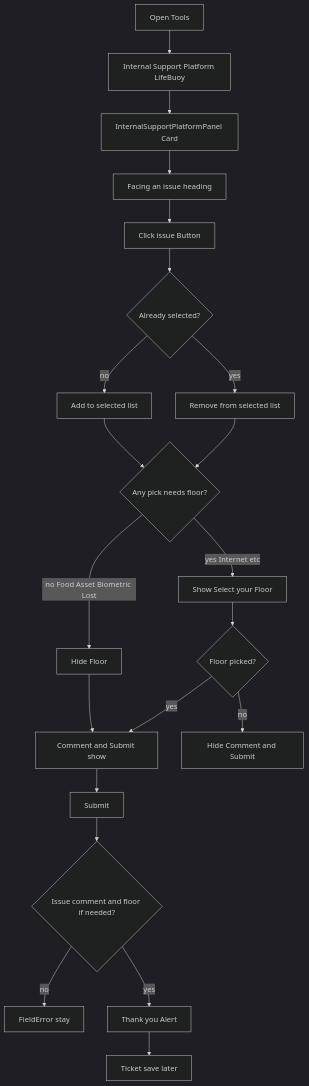
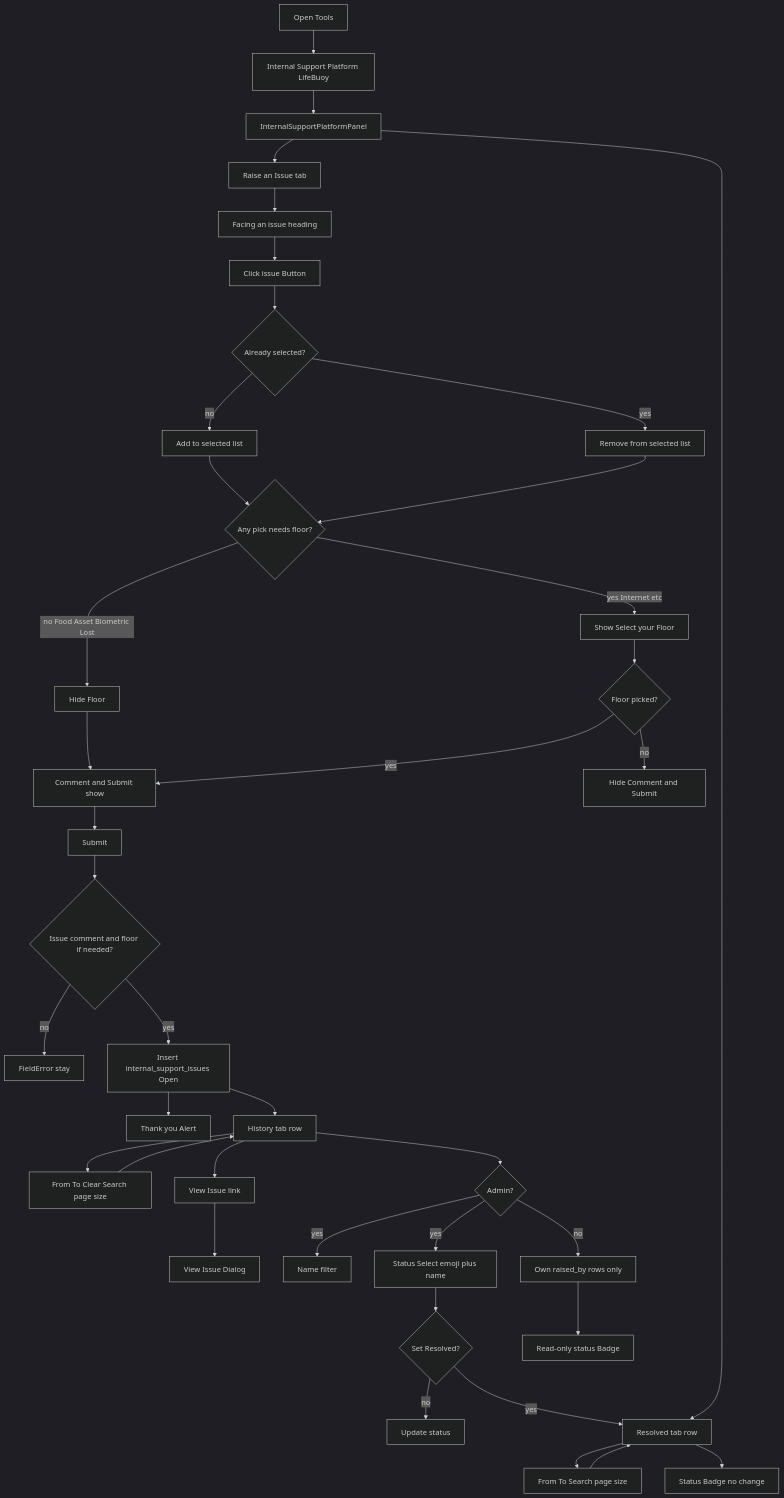
The first of 12 diagrams in docs/FLOWCHARTS.md (Mayur8291/Printing-Tracker), drawn with Mermaid (dark theme) before and after one commit. The commit also changed 15 other files, not shown here.

First line of the commit message:
Scope Internal Support History by role and add a locked Resolved tab.

````diff
--- a/docs/FLOWCHARTS.md
+++ b/docs/FLOWCHARTS.md
@@ -5,23 +5,41 @@
 ```mermaid
 flowchart TD
   User[Open Tools] --> Item[Internal Support Platform LifeBuoy]
-  Item --> Panel[InternalSupportPlatformPanel Card]
-  Panel --> Heading[Facing an issue heading]
+  Item --> Panel[InternalSupportPlatformPanel]
+  Panel --> RaiseTab[Raise an Issue tab]
+  RaiseTab --> Heading[Facing an issue heading]
   Heading --> Pick[Click issue Button]
   Pick --> Toggle{Already selected?}
   Toggle -->|no| Add[Add to selected list]
   Toggle -->|yes| Remove[Remove from selected list]
   Add --> NeedFloor{Any pick needs floor?}
   Remove --> NeedFloor
   NeedFloor -->|no Food Asset Biometric Lost| HideFloor[Hide Floor]
   HideFloor --> ShowComment[Comment and Submit show]
   NeedFloor -->|yes Internet etc| ShowFloor[Show Select your Floor]
   ShowFloor --> HasFloor{Floor picked?}
   HasFloor -->|no| HideComment[Hide Comment and Submit]
   HasFloor -->|yes| ShowComment
   ShowComment --> Submit[Submit]
   Submit --> Valid{Issue comment and floor if needed?}
   Valid -->|no| Error[FieldError stay]
-  Valid -->|yes| Clear[Thank you Alert]
-  Clear --> Wait[Ticket save later]
+  Valid -->|yes| Save[Insert internal_support_issues Open]
+  Save --> Thanks[Thank you Alert]
+  Save --> History[History tab row]
+  History --> Filters[From To Clear Search page size]
+  Filters --> History
+  History --> ViewBtn[View Issue link]
+  ViewBtn --> ViewDlg[View Issue Dialog]
+  History --> Who{Admin?}
+  Who -->|yes| NameFilter[Name filter]
+  Who -->|yes| StatusPick[Status Select emoji plus name]
+  StatusPick --> MarkResolved{Set Resolved?}
+  MarkResolved -->|no| Update[Update status]
+  MarkResolved -->|yes| ResolvedTab[Resolved tab row]
+  Who -->|no| OwnRows[Own raised_by rows only]
+  OwnRows --> StatusSee[Read-only status Badge]
+  Panel --> ResolvedTab
+  ResolvedTab --> ResFilters[From To Search page size]
+  ResFilters --> ResolvedTab
+  ResolvedTab --> ResLock[Status Badge no change]
 ```
````
